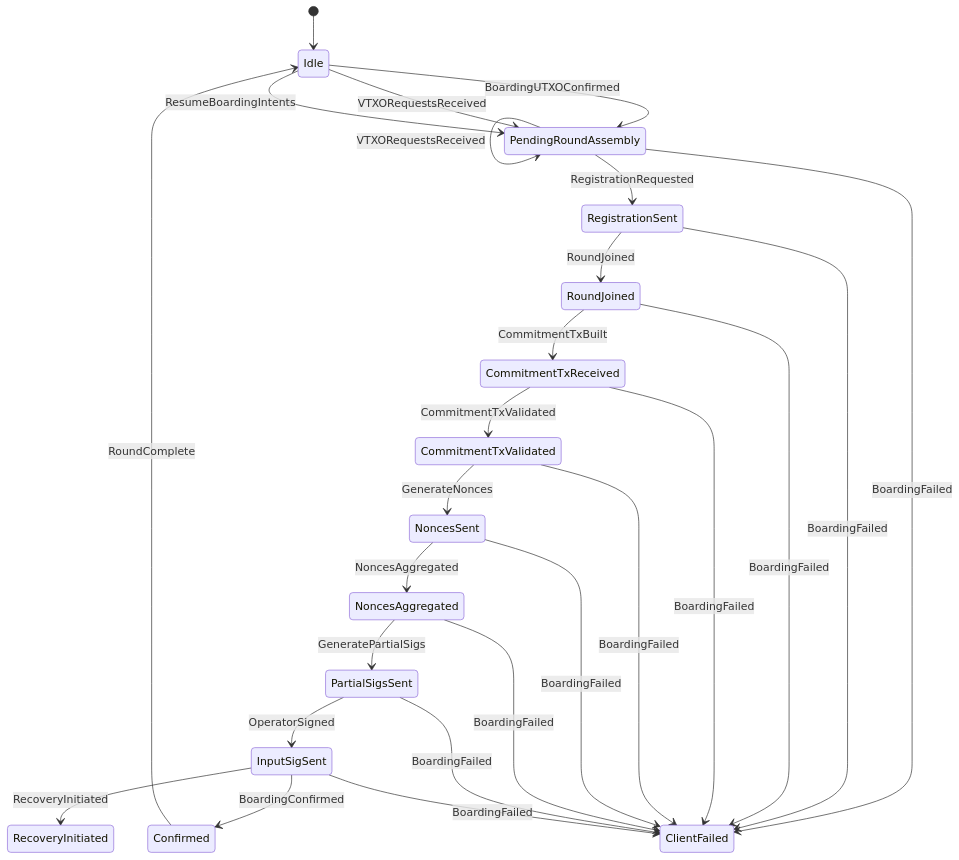
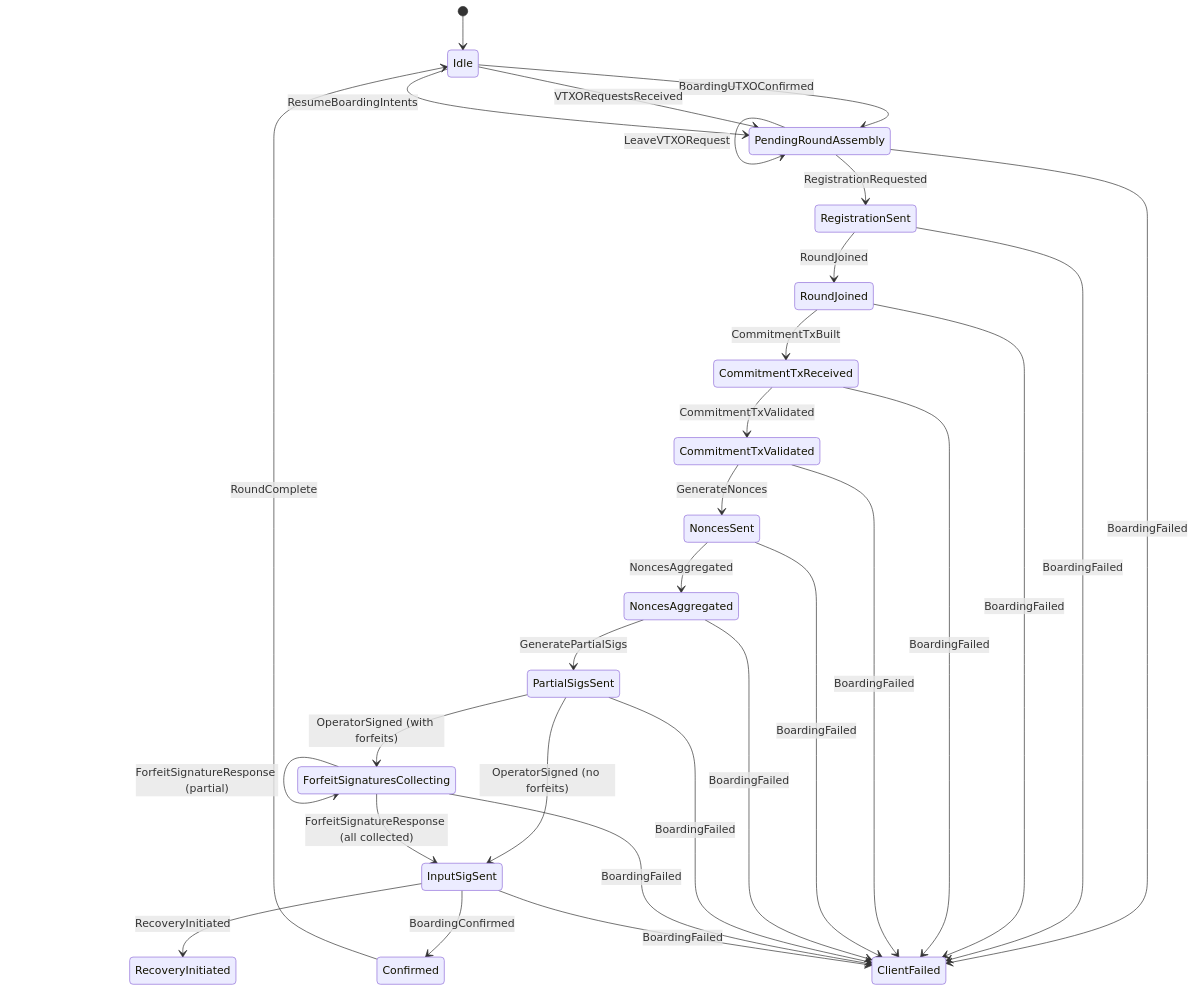
Before and after one commit to lightninglabs/wavelength: the second of 2 diagrams in round/README.md, drawn with Mermaid. The commit also changed other lines of this file, not shown here.

First line of the commit message:
round: document refresh, leave, and forfeit flows in README

````diff
--- a/round/README.md
+++ b/round/README.md
@@ -332,30 +386,36 @@
 ```mermaid
 stateDiagram-v2
     [*] --> Idle
     Idle --> PendingRoundAssembly: BoardingUTXOConfirmed
     Idle --> PendingRoundAssembly: VTXORequestsReceived
     Idle --> PendingRoundAssembly: ResumeBoardingIntents
     PendingRoundAssembly --> PendingRoundAssembly: BoardingUTXOConfirmed
     PendingRoundAssembly --> PendingRoundAssembly: VTXORequestsReceived
+    PendingRoundAssembly --> PendingRoundAssembly: RefreshVTXORequest
+    PendingRoundAssembly --> PendingRoundAssembly: LeaveVTXORequest
     PendingRoundAssembly --> RegistrationSent: RegistrationRequested
     RegistrationSent --> RoundJoined: RoundJoined
     RoundJoined --> CommitmentTxReceived: CommitmentTxBuilt
     CommitmentTxReceived --> CommitmentTxValidated: CommitmentTxValidated
     CommitmentTxValidated --> NoncesSent: GenerateNonces
     NoncesSent --> NoncesAggregated: NoncesAggregated
     NoncesAggregated --> PartialSigsSent: GeneratePartialSigs
-    PartialSigsSent --> InputSigSent: OperatorSigned
+    PartialSigsSent --> ForfeitSignaturesCollecting: OperatorSigned (with forfeits)
+    PartialSigsSent --> InputSigSent: OperatorSigned (no forfeits)
+    ForfeitSignaturesCollecting --> ForfeitSignaturesCollecting: ForfeitSignatureResponse (partial)
+    ForfeitSignaturesCollecting --> InputSigSent: ForfeitSignatureResponse (all collected)
     InputSigSent --> Confirmed: BoardingConfirmed
     Confirmed --> Idle: RoundComplete
 
     PendingRoundAssembly --> ClientFailed: BoardingFailed
     RegistrationSent --> ClientFailed: BoardingFailed
     RoundJoined --> ClientFailed: BoardingFailed
     CommitmentTxReceived --> ClientFailed: BoardingFailed
     CommitmentTxValidated --> ClientFailed: BoardingFailed
     NoncesSent --> ClientFailed: BoardingFailed
     NoncesAggregated --> ClientFailed: BoardingFailed
     PartialSigsSent --> ClientFailed: BoardingFailed
+    ForfeitSignaturesCollecting --> ClientFailed: BoardingFailed
     InputSigSent --> ClientFailed: BoardingFailed
     InputSigSent --> RecoveryInitiated: RecoveryInitiated
 ```
````
